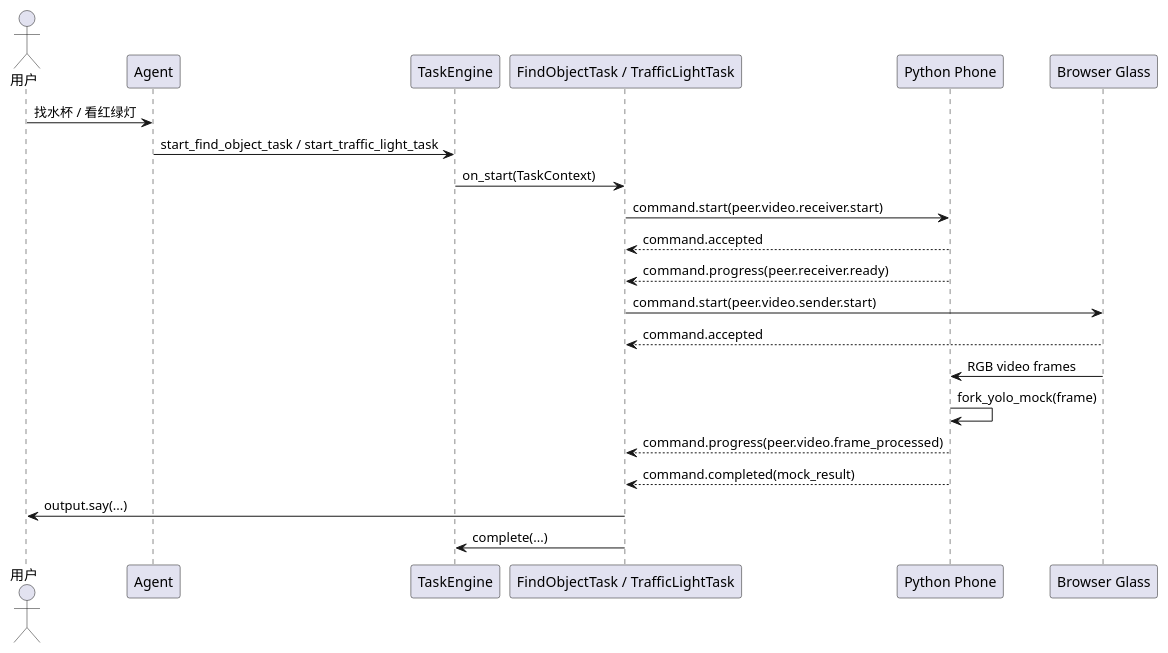
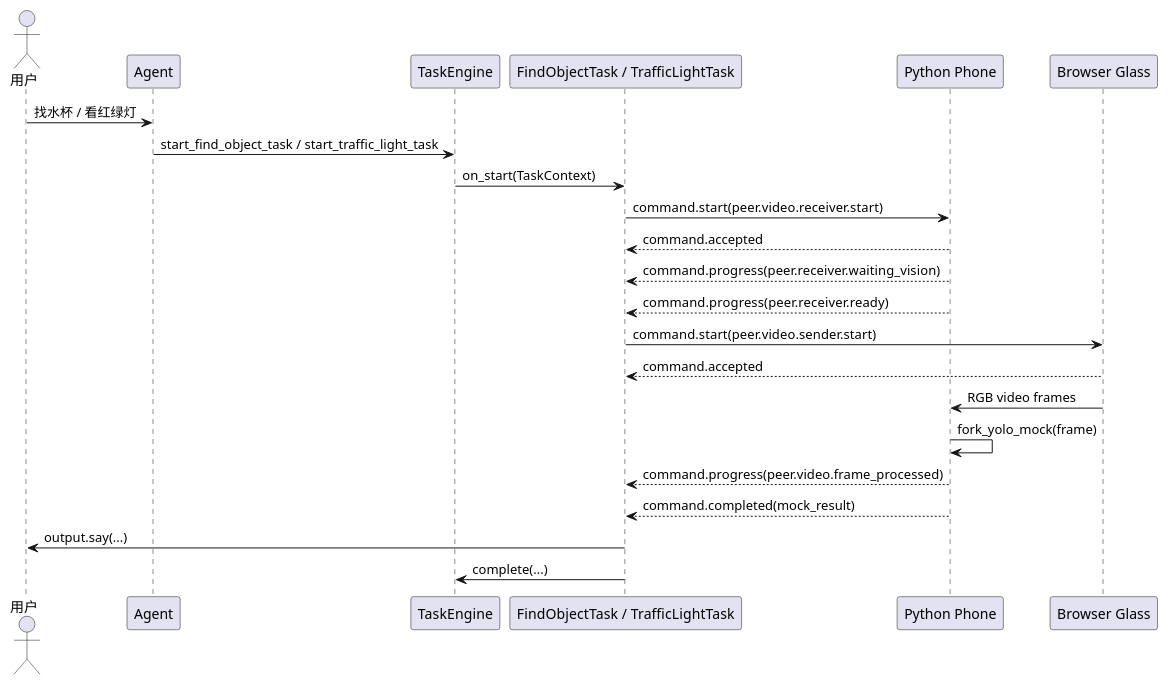
Before and after one commit to HengeLiu/RealtimeAgent: the first of 3 diagrams in examples/for-blind-app/docs/devices/peer-video-link-task-design.md, drawn with PlantUML. The commit also changed other lines of this file and 36 other files, not shown here.

````diff
--- a/examples/for-blind-app/docs/devices/peer-video-link-task-design.md
+++ b/examples/for-blind-app/docs/devices/peer-video-link-task-design.md
@@ -45,27 +45,28 @@
 ```plantuml
 @startuml
 skinparam componentStyle rectangle
 
 actor "用户" as User
 participant "Agent" as Agent
 participant "TaskEngine" as TaskEngine
 participant "FindObjectTask / TrafficLightTask" as Task
 participant "Python Phone" as Phone
 participant "Browser Glass" as Glass
 
 User -> Agent : 找水杯 / 看红绿灯
 Agent -> TaskEngine : start_find_object_task / start_traffic_light_task
 TaskEngine -> Task : on_start(TaskContext)
 Task -> Phone : command.start(peer.video.receiver.start)
 Phone --> Task : command.accepted
+Phone --> Task : command.progress(peer.receiver.waiting_vision)
 Phone --> Task : command.progress(peer.receiver.ready)
 Task -> Glass : command.start(peer.video.sender.start)
 Glass --> Task : command.accepted
 Glass -> Phone : RGB video frames
 Phone -> Phone : fork_yolo_mock(frame)
 Phone --> Task : command.progress(peer.video.frame_processed)
 Phone --> Task : command.completed(mock_result)
 Task -> User : output.say(...)
 Task -> TaskEngine : complete(...)
 @enduml
 ```
````
